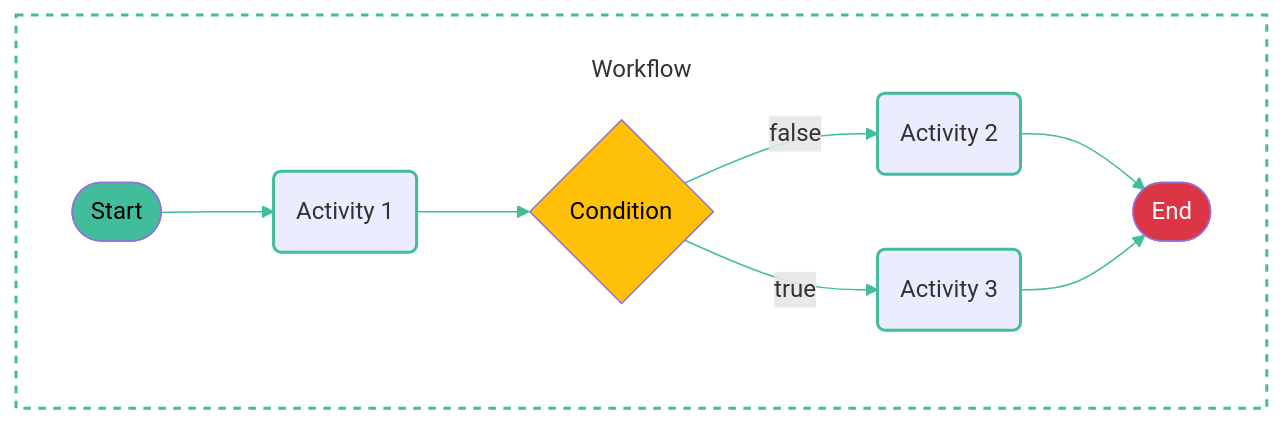
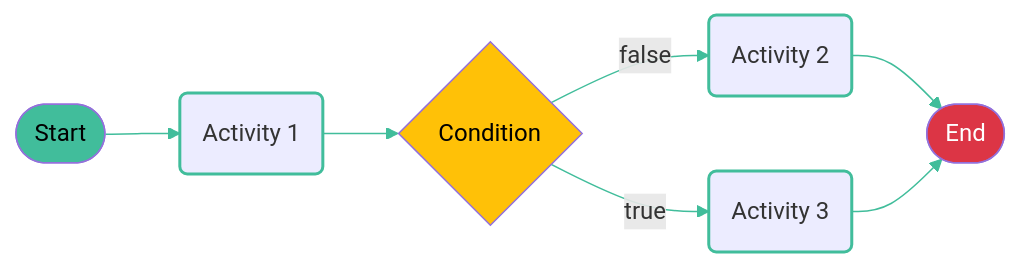
One commit to diagrid-labs/dapr-workflow-concerto changed the diagram in .demo/slides/02-dapr-workflow/04-dapr-workflow-explanation.md. Above: the diagram before and after it, drawn with Mermaid.

````diff
--- a/.demo/slides/02-dapr-workflow/04-dapr-workflow-explanation.md
+++ b/.demo/slides/02-dapr-workflow/04-dapr-workflow-explanation.md
@@ -12,23 +12,19 @@
 ```mermaid
 graph LR
-    subgraph Workflow ["<br/>Workflow"]
-    direction LR
     Start([Start])
     End([End])
     Start --> A1(Activity 1)
     A1 --> IF{Condition}
     IF--false-->A2(Activity 2)
     IF--true-->A3(Activity 3)
     A2 --> End 
     A3 --> End
-    end
     
-    style Workflow fill:none,stroke:#41bd9b,stroke-width:2px,stroke-dasharray:5 5
     style Start fill:#41bd9b,color:#000000
     style End fill:#dc3545,color:#ffffff
     style IF fill:#ffc107,color:#000000
     style A1 stroke:#41bd9b,stroke-width:2px
     style A2 stroke:#41bd9b,stroke-width:2px
     style A3 stroke:#41bd9b,stroke-width:2px
     linkStyle default stroke:#41bd9b,stroke-width:1px
 ```
````
